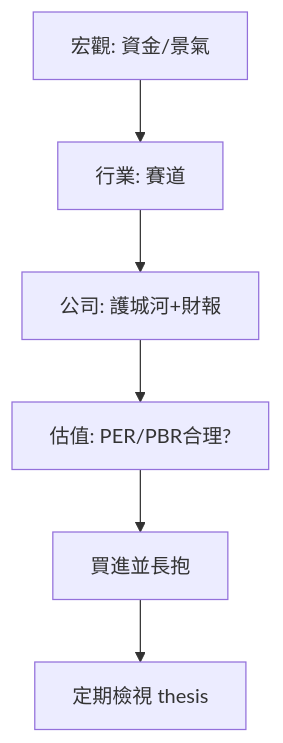
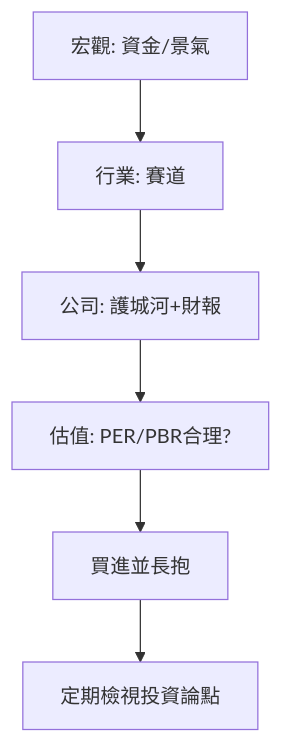
The diagram in docs/08-investing/long-term.md (skymiku39/stock_school), drawn with Mermaid before and after one commit. The commit also changed other lines of this file and 22 other files, not shown here.

````diff
--- a/docs/08-investing/long-term.md
+++ b/docs/08-investing/long-term.md
@@ -25,8 +25,8 @@
 ```mermaid
 flowchart TD
     M[宏觀: 資金/景氣] --> I[行業: 賽道]
     I --> C[公司: 護城河+財報]
     C --> V[估值: PER/PBR合理?]
     V --> B[買進並長抱]
-    B --> R[定期檢視 thesis]
+    B --> R[定期檢視投資論點]
 ```
````
